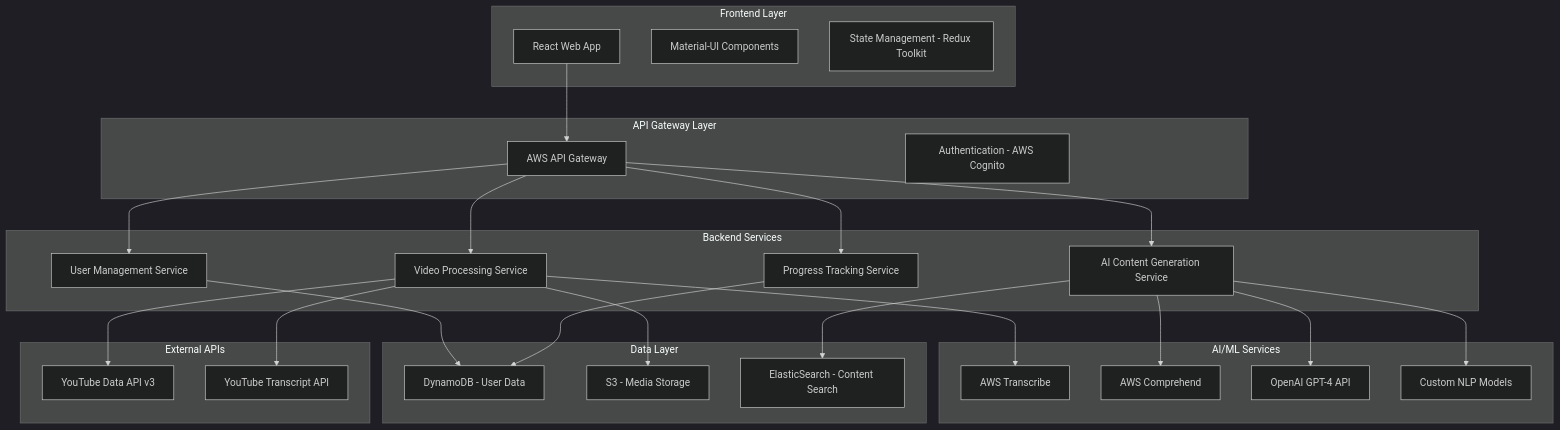
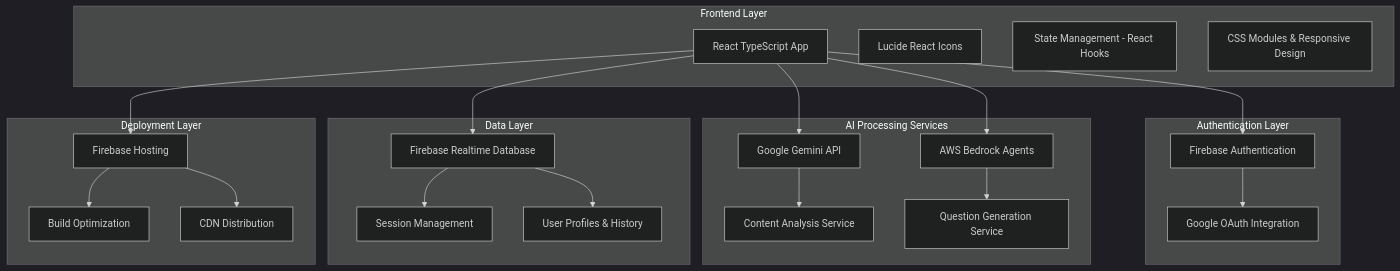
One commit to DhanushKenkiri/StudyAlte changed the diagram in .kiro/specs/youtube-learning-platform/design.md. Above: the diagram before and after it, drawn with Mermaid (dark theme). The commit also changed other lines of this file and 2 other files, not shown here.

First line of the commit message:
Update .kiro documentation to match StudyAlte AI Question Paper Generator app

````diff
--- a/.kiro/specs/youtube-learning-platform/design.md
+++ b/.kiro/specs/youtube-learning-platform/design.md
@@ -11,54 +11,46 @@
 ```mermaid
 graph TB
     subgraph "Frontend Layer"
-        A[React Web App]
-        B[Material-UI Components]
-        C[State Management - Redux Toolkit]
+        A[React TypeScript App]
+        B[Lucide React Icons]
+        C[State Management - React Hooks]
+        D[CSS Modules & Responsive Design]
     end
     
-    subgraph "API Gateway Layer"
-        D[AWS API Gateway]
-        E[Authentication - AWS Cognito]
+    subgraph "Authentication Layer"
+        E[Firebase Authentication]
+        F[Google OAuth Integration]
     end
     
-    subgraph "Backend Services"
-        F[Video Processing Service]
-        G[AI Content Generation Service]
-        H[User Management Service]
-        I[Progress Tracking Service]
-    end
-    
-    subgraph "AI/ML Services"
-        J[AWS Transcribe]
-        K[AWS Comprehend]
-        L[OpenAI GPT-4 API]
-        M[Custom NLP Models]
+    subgraph "AI Processing Services"
+        G[Google Gemini API]
+        H[AWS Bedrock Agents]
+        I[Content Analysis Service]
+        J[Question Generation Service]
     end
     
     subgraph "Data Layer"
-        N[DynamoDB - User Data]
-        O[S3 - Media Storage]
-        P[ElasticSearch - Content Search]
+        K[Firebase Realtime Database]
+        L[Session Management]
+        M[User Profiles & History]
     end
     
-    subgraph "External APIs"
-        Q[YouTube Data API v3]
-        R[YouTube Transcript API]
+    subgraph "Deployment Layer"
+        N[Firebase Hosting]
+        O[Build Optimization]
+        P[CDN Distribution]
     end
     
-    A --> D
-    D --> F
-    D --> G
-    D --> H
-    D --> I
-    F --> J
-    F --> Q
-    F --> R
-    G --> K
-    G --> L
-    G --> M
-    H --> N
-    I --> N
-    F --> O
-    G --> P
+    A --> E
+    E --> F
+    A --> G
+    A --> H
+    G --> I
+    H --> J
+    A --> K
+    K --> L
+    K --> M
+    A --> N
+    N --> O
+    N --> P
 ```
````
